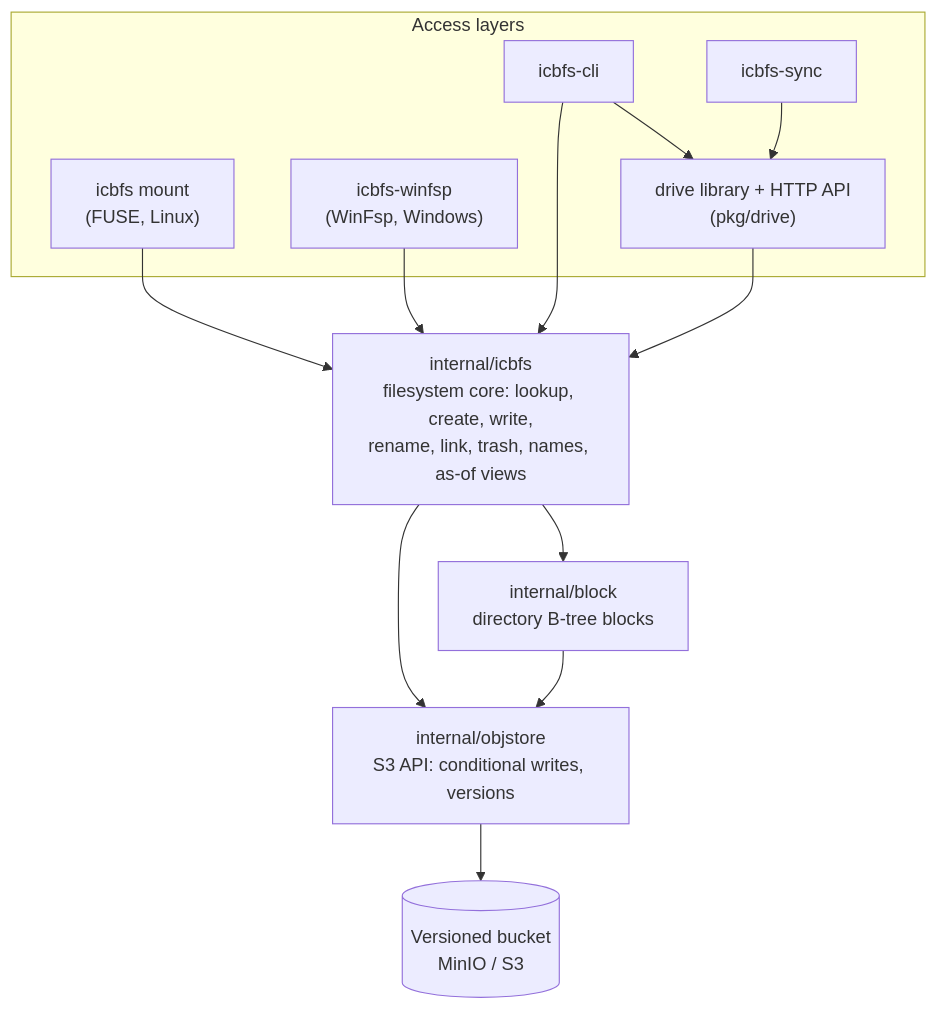
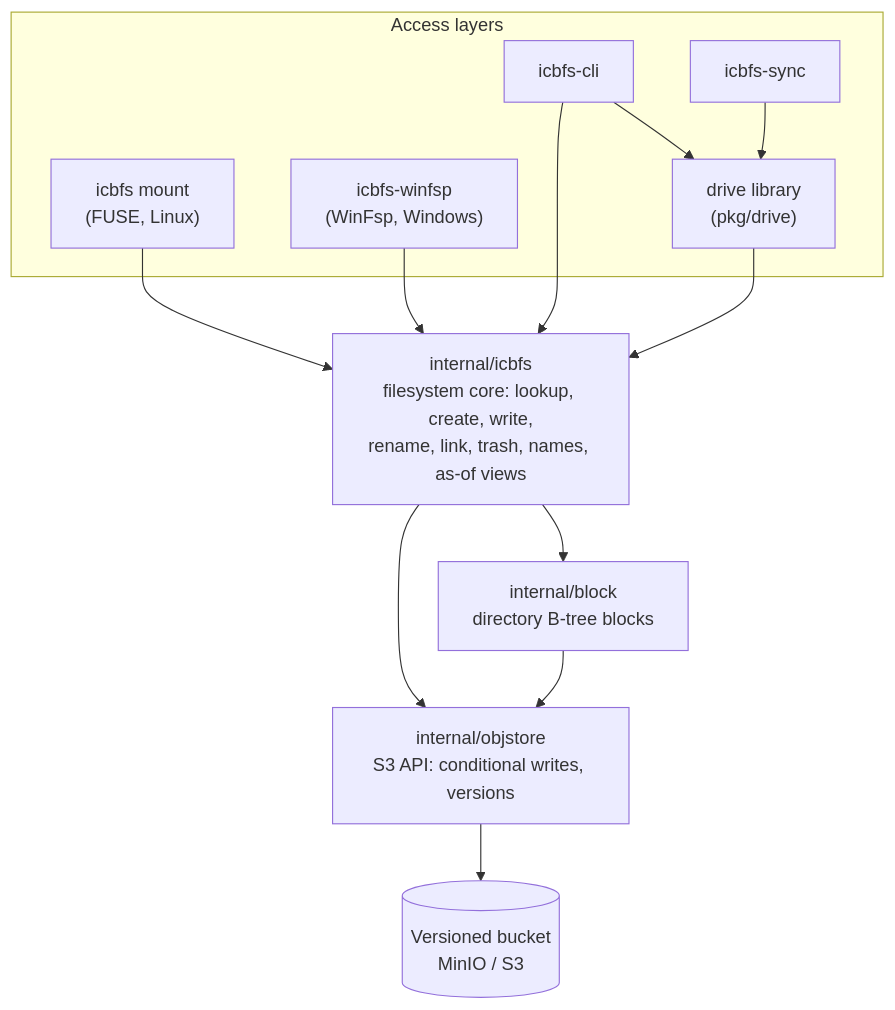
One commit to resurgentech/icbfs changed the diagram in docs/architecture.md. Above: the diagram before and after it, drawn with Mermaid. The commit also changed other lines of this file and 32 other files, not shown here.

First line of the commit message:
The daemon chain and the HTTP drive API leave the public module

````diff
--- a/docs/architecture.md
+++ b/docs/architecture.md
@@ -15,24 +15,24 @@
 ```mermaid
 flowchart TB
   subgraph Access["Access layers"]
     FUSE["icbfs mount<br/>(FUSE, Linux)"]
     WinFsp["icbfs-winfsp<br/>(WinFsp, Windows)"]
-    API["drive library + HTTP API<br/>(pkg/drive)"]
+    API["drive library<br/>(pkg/drive)"]
     CLI["icbfs-cli"]
     Sync["icbfs-sync"]
   end
   Core["internal/icbfs<br/>filesystem core: lookup, create, write,<br/>rename, link, trash, names, as-of views"]
   Block["internal/block<br/>directory B-tree blocks"]
   Store["internal/objstore<br/>S3 API: conditional writes, versions"]
   Bucket[("Versioned bucket<br/>MinIO / S3")]
   FUSE --> Core
   WinFsp --> Core
   API --> Core
   CLI --> API
   CLI --> Core
   Sync --> API
   Core --> Block
   Core --> Store
   Block --> Store
   Store --> Bucket
 ```
````
